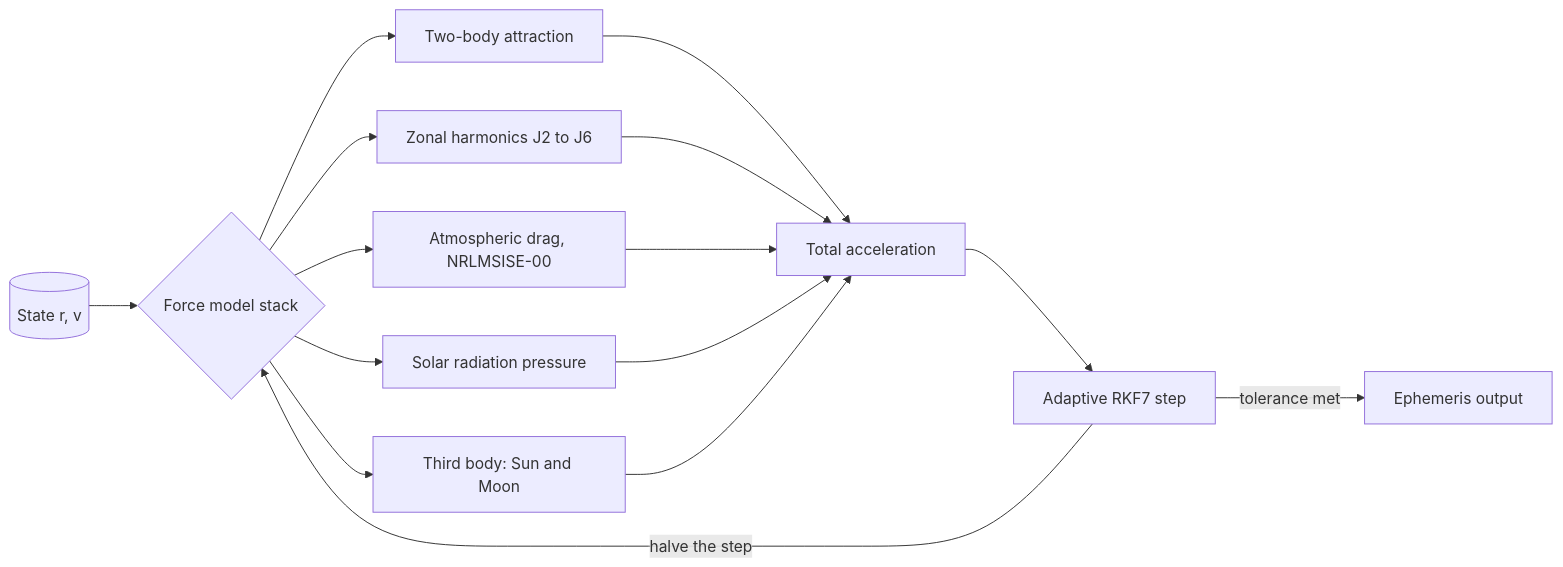
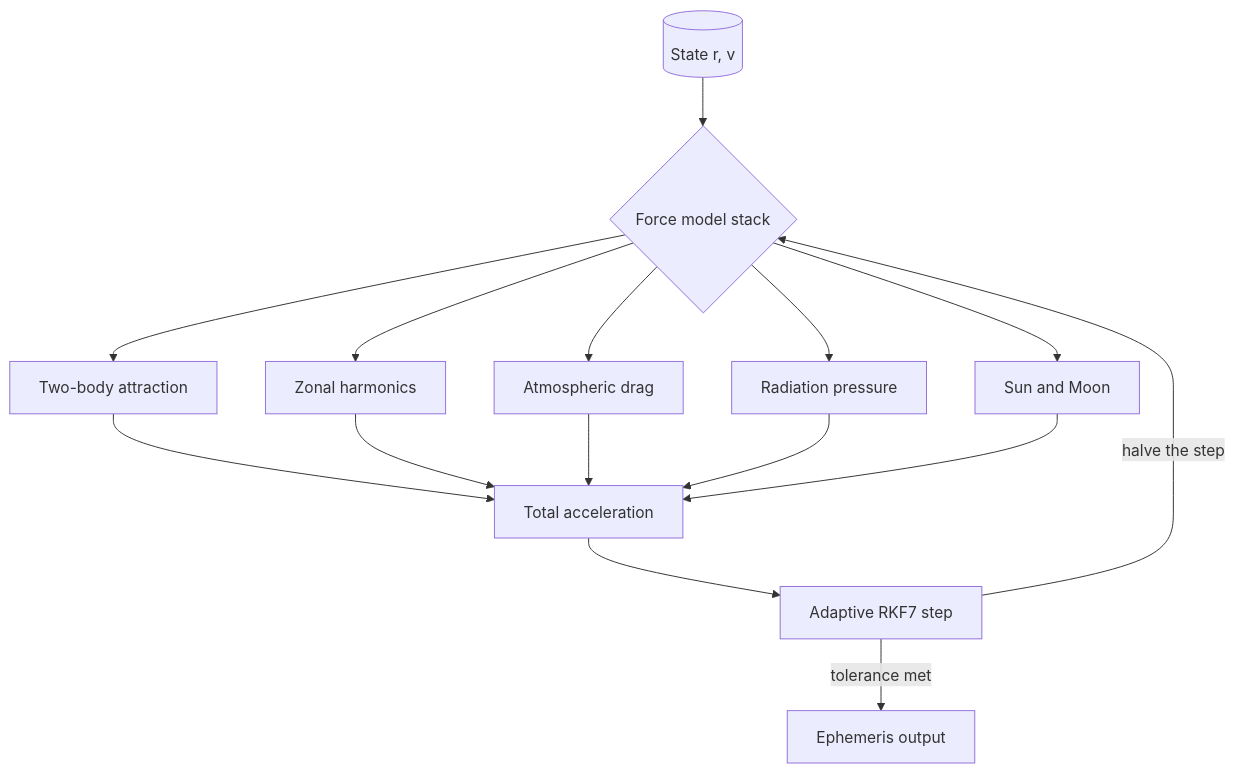
Before and after one commit to carlosrivera/folio: the first of 2 diagrams in samples/orbital-perturbations.md, drawn with Mermaid. The commit also changed other lines of this file and 4 other files, not shown here.

````diff
--- a/samples/orbital-perturbations.md
+++ b/samples/orbital-perturbations.md
@@ -160,17 +160,17 @@
 ```mermaid
-flowchart LR
+flowchart TD
   S[("State r, v")] --> F{"Force model stack"}
   F --> A["Two-body attraction"]
-  F --> B["Zonal harmonics J2 to J6"]
-  F --> C["Atmospheric drag, NRLMSISE-00"]
-  F --> D["Solar radiation pressure"]
-  F --> E["Third body: Sun and Moon"]
+  F --> B["Zonal harmonics"]
+  F --> C["Atmospheric drag"]
+  F --> D["Radiation pressure"]
+  F --> E["Sun and Moon"]
   A --> N["Total acceleration"]
   B --> N
   C --> N
   D --> N
   E --> N
   N --> I["Adaptive RKF7 step"]
   I -->|"tolerance met"| O["Ephemeris output"]
   I -->|"halve the step"| F
 ```
````
